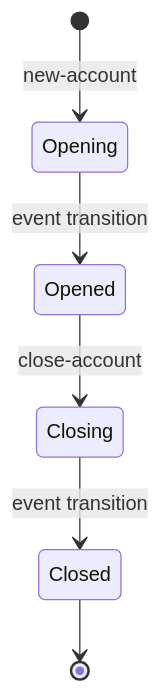
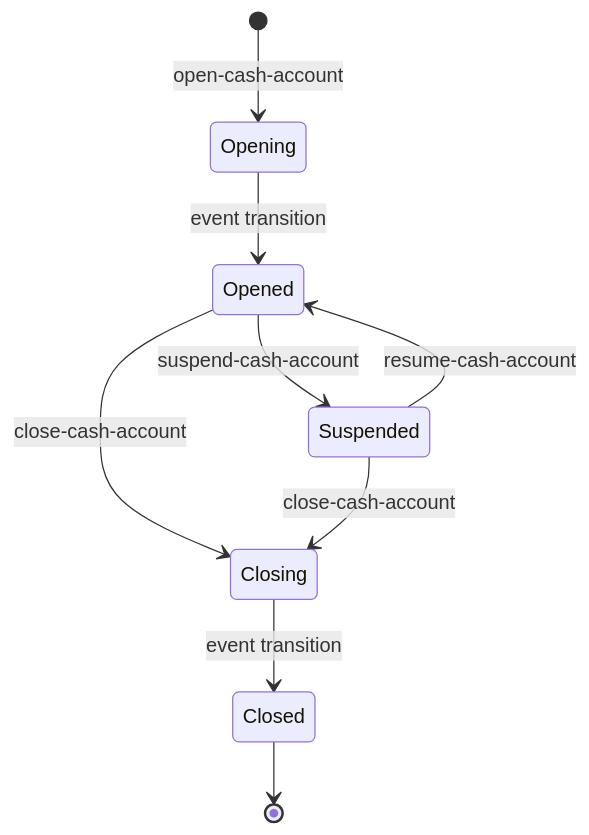
The diagram in docs/tdd/cash-accounts.md (repldriven/queenswood), drawn with Mermaid before and after one commit. The commit also changed other lines of this file and 83 other files, not shown here.

First line of the commit message:
Close the cash-accounts TDD gaps (#626)

````diff
--- a/docs/tdd/cash-accounts.md
+++ b/docs/tdd/cash-accounts.md
@@ -128,8 +183,11 @@
 ```mermaid
 stateDiagram-v2
-    [*] --> Opening : new-account
+    [*] --> Opening : open-cash-account
     Opening --> Opened : event transition
-    Opened --> Closing : close-account
+    Opened --> Suspended : suspend-cash-account
+    Suspended --> Opened : resume-cash-account
+    Opened --> Closing : close-cash-account
+    Suspended --> Closing : close-cash-account
     Closing --> Closed : event transition
     Closed --> [*]
 ```
````
